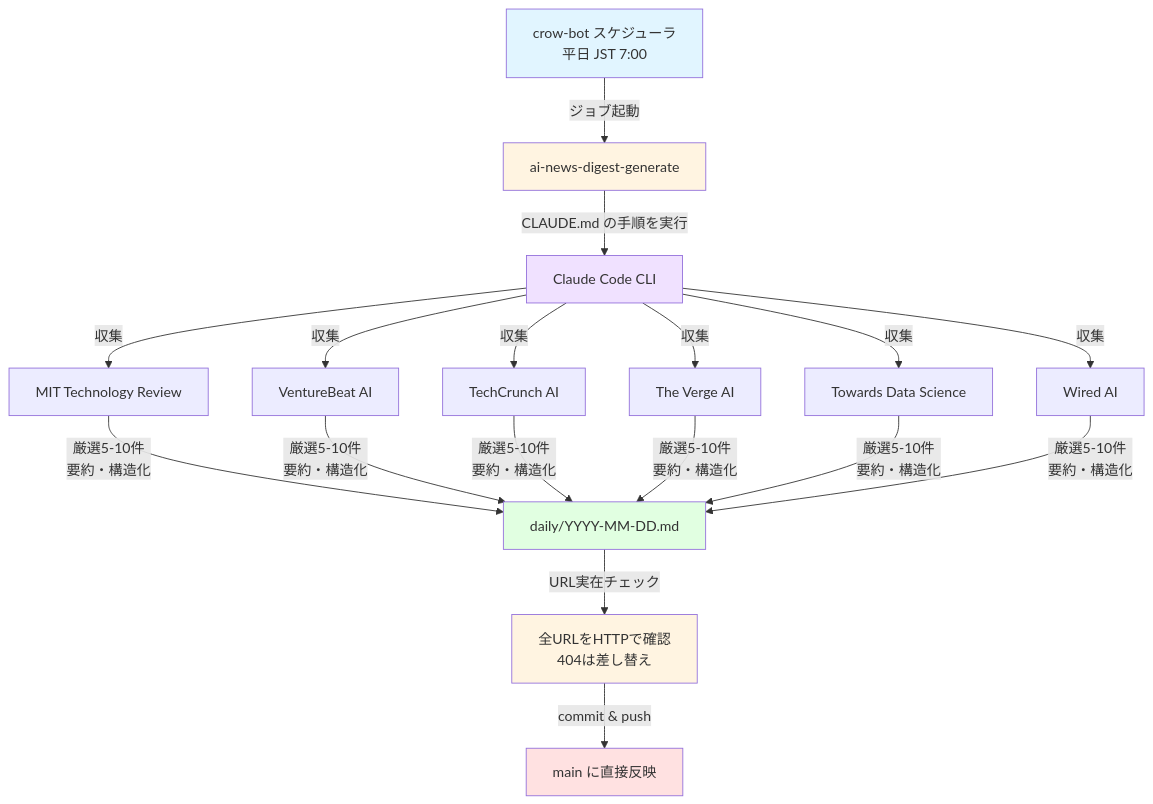
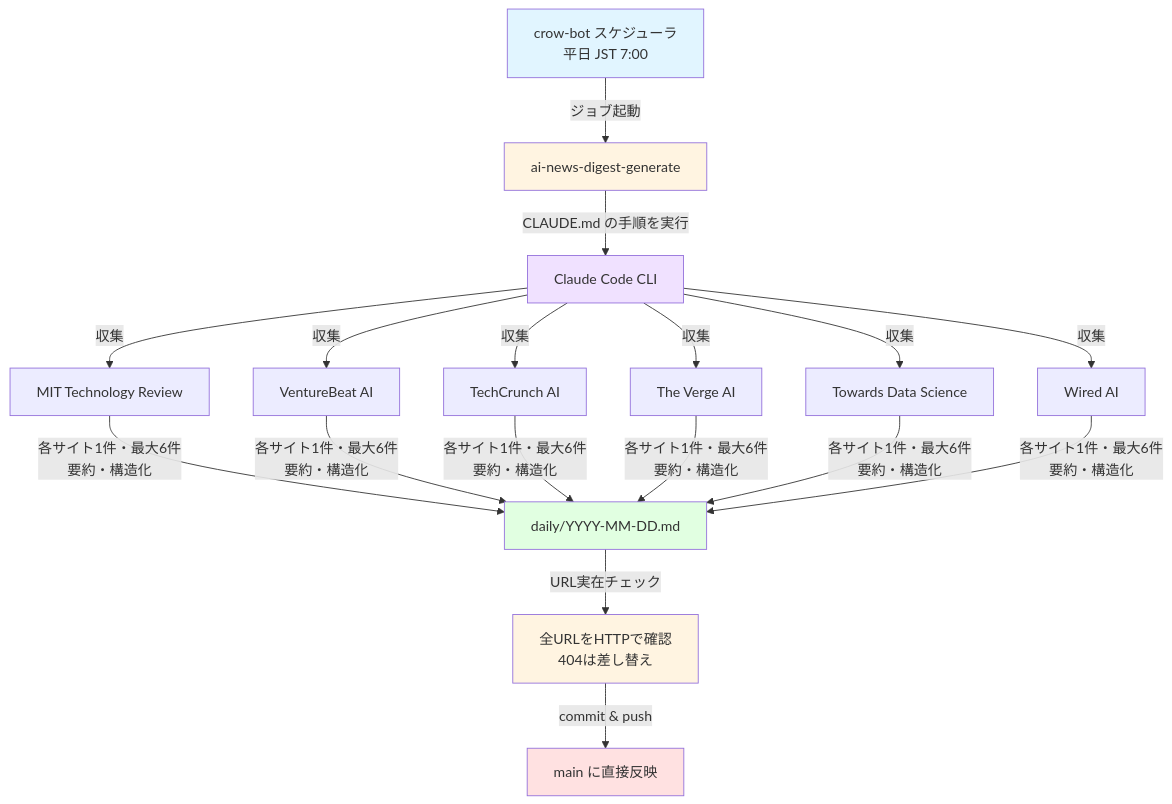
One commit to office8-inc/ai-news-digest changed the diagram in README.md. Above: the diagram before and after it, drawn with Mermaid. The commit also changed other lines of this file and 4 other files, not shown here.

````diff
--- a/README.md
+++ b/README.md
@@ -33,21 +33,21 @@
 ```mermaid
 graph TD
     A[crow-bot スケジューラ<br/>平日 JST 7:00] -->|ジョブ起動| B[ai-news-digest-generate]
     B -->|CLAUDE.md の手順を実行| C[Claude Code CLI]
     C -->|収集| D1[MIT Technology Review]
     C -->|収集| D2[VentureBeat AI]
     C -->|収集| D3[TechCrunch AI]
     C -->|収集| D4[The Verge AI]
     C -->|収集| D5[Towards Data Science]
     C -->|収集| D6[Wired AI]
-    D1 & D2 & D3 & D4 & D5 & D6 -->|厳選5-10件<br/>要約・構造化| E[daily/YYYY-MM-DD.md]
+    D1 & D2 & D3 & D4 & D5 & D6 -->|各サイト1件・最大6件<br/>要約・構造化| E[daily/YYYY-MM-DD.md]
     E -->|URL実在チェック| G[全URLをHTTPで確認<br/>404は差し替え]
     G -->|commit & push| F[main に直接反映]
     
     style A fill:#e1f5ff
     style B fill:#fff4e1
     style C fill:#f0e1ff
     style E fill:#e1ffe1
     style G fill:#fff4e1
     style F fill:#ffe1e1
 ```
````
